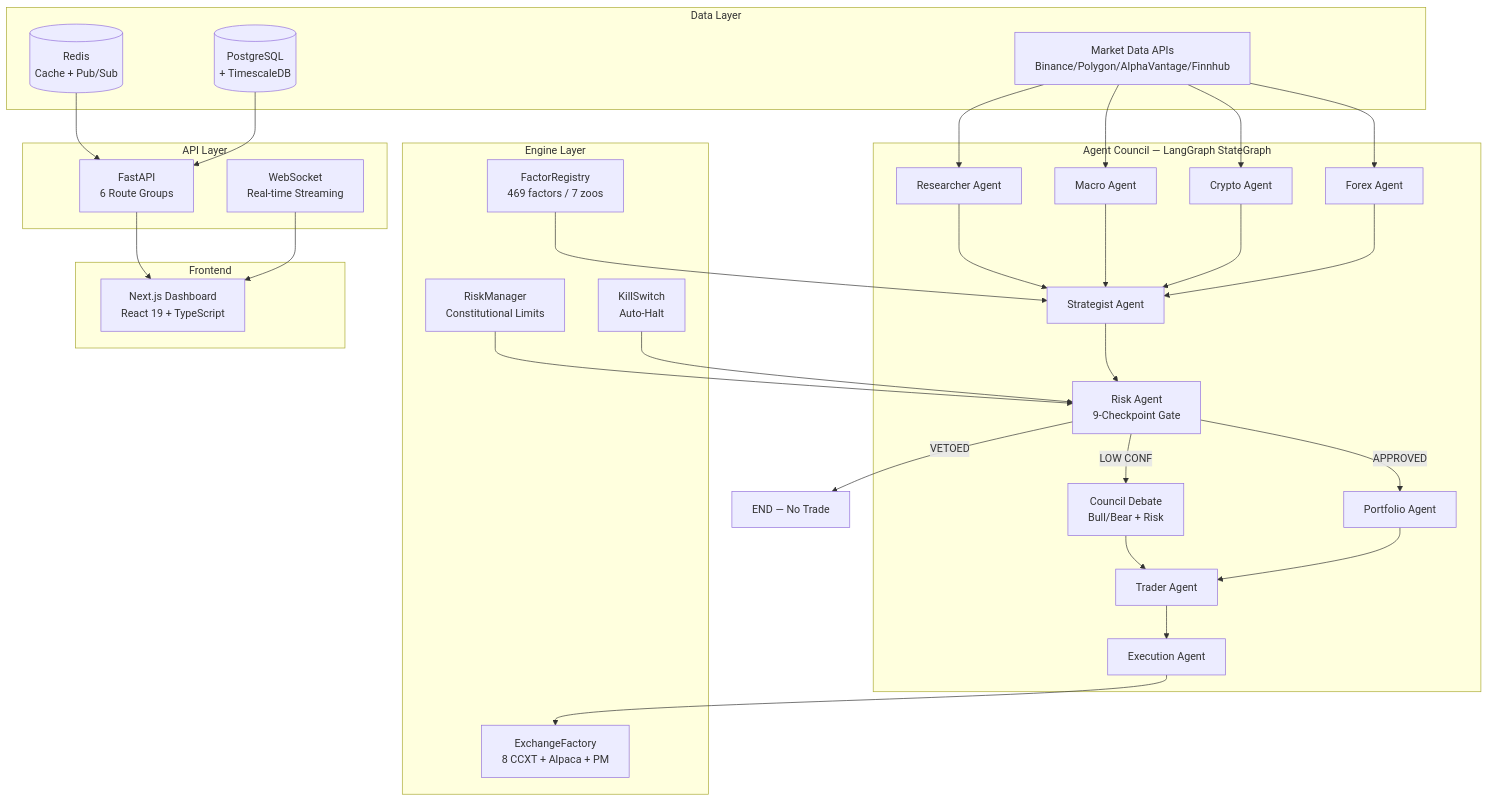
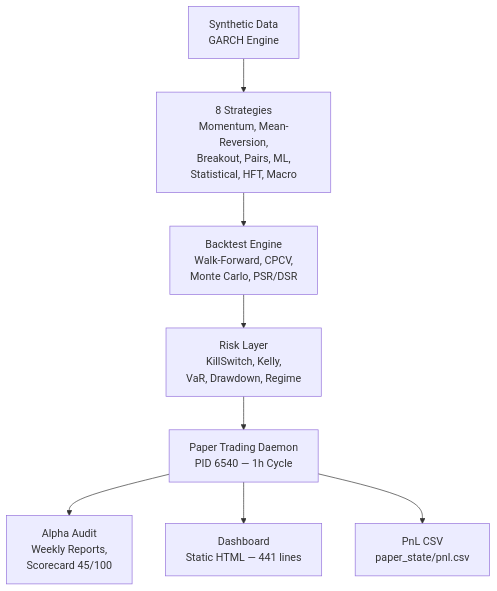
Before and after one commit to mulkymalikuldhrs/Quant-Nanggroe-AI: the first of 4 diagrams in docs/ARCHITECTURE.md, drawn with Mermaid. The commit also changed other lines of this file and 706 other files, not shown here.

````diff
--- a/docs/ARCHITECTURE.md
+++ b/docs/ARCHITECTURE.md
@@ -55,65 +5,10 @@
 ```mermaid
-graph TB
-    subgraph "Data Layer"
-        MDAPI[Market Data APIs<br/>Binance/Polygon/AlphaVantage/Finnhub]
-        PG[(PostgreSQL<br/>+ TimescaleDB)]
-        RD[(Redis<br/>Cache + Pub/Sub)]
-    end
-
-    subgraph "Agent Council — LangGraph StateGraph"
-        RESEARCH[Researcher Agent]
-        MACRO[Macro Agent]
-        CRYPTO[Crypto Agent]
-        FOREX[Forex Agent]
-        STRAT[Strategist Agent]
-        RISK[Risk Agent<br/>9-Checkpoint Gate]
-        PORT[Portfolio Agent]
-        TRADER[Trader Agent]
-        EXEC[Execution Agent]
-        COUNCIL[Council Debate<br/>Bull/Bear + Risk]
-    end
-
-    subgraph "Engine Layer"
-        FR[FactorRegistry<br/>469 factors / 7 zoos]
-        RM[RiskManager<br/>Constitutional Limits]
-        EF[ExchangeFactory<br/>8 CCXT + Alpaca + PM]
-        KS[KillSwitch<br/>Auto-Halt]
-    end
-
-    subgraph "API Layer"
-        FA[FastAPI<br/>6 Route Groups]
-        WS[WebSocket<br/>Real-time Streaming]
-    end
-
-    subgraph "Frontend"
-        NJ[Next.js Dashboard<br/>React 19 + TypeScript]
-    end
-
-    MDAPI --> RESEARCH
-    MDAPI --> MACRO
-    MDAPI --> CRYPTO
-    MDAPI --> FOREX
-
-    RESEARCH --> STRAT
-    MACRO --> STRAT
-    CRYPTO --> STRAT
-    FOREX --> STRAT
-
-    STRAT --> RISK
-    RISK -->|APPROVED| PORT
-    RISK -->|VETOED| END_NODE[END — No Trade]
-    RISK -->|LOW CONF| COUNCIL
-    COUNCIL --> TRADER
-    PORT --> TRADER
-    TRADER --> EXEC
-    EXEC --> EF
-
-    FR --> STRAT
-    RM --> RISK
-    KS --> RISK
-
-    FA --> NJ
-    WS --> NJ
-    RD --> FA
-    PG --> FA
+graph TD
+    A[Synthetic Data<br/>GARCH Engine] --> B[8 Strategies<br/>Momentum, Mean-Reversion,<br/>Breakout, Pairs, ML,<br/>Statistical, HFT, Macro]
+    B --> C[Backtest Engine<br/>Walk-Forward, CPCV,<br/>Monte Carlo, PSR/DSR]
+    C --> D[Risk Layer<br/>KillSwitch, Kelly,<br/>VaR, Drawdown, Regime]
+    D --> E[Paper Trading Daemon<br/>PID 6540 — 1h Cycle]
+    E --> F[Alpha Audit<br/>Weekly Reports,<br/>Scorecard 45/100]
+    E --> G[Dashboard<br/>Static HTML — 441 lines]
+    E --> H[PnL CSV<br/>paper_state/pnl.csv]
 ```
````
